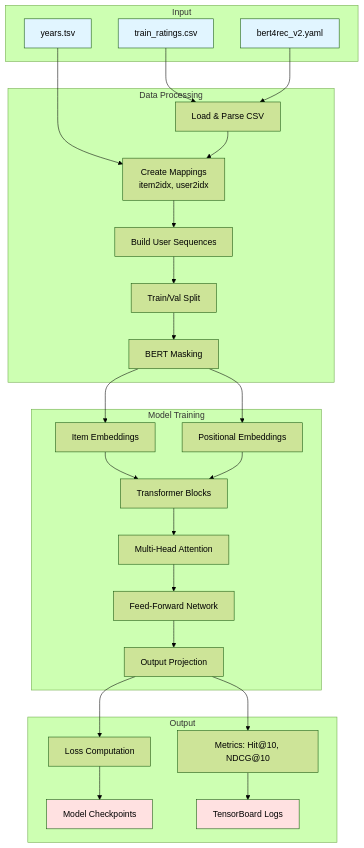
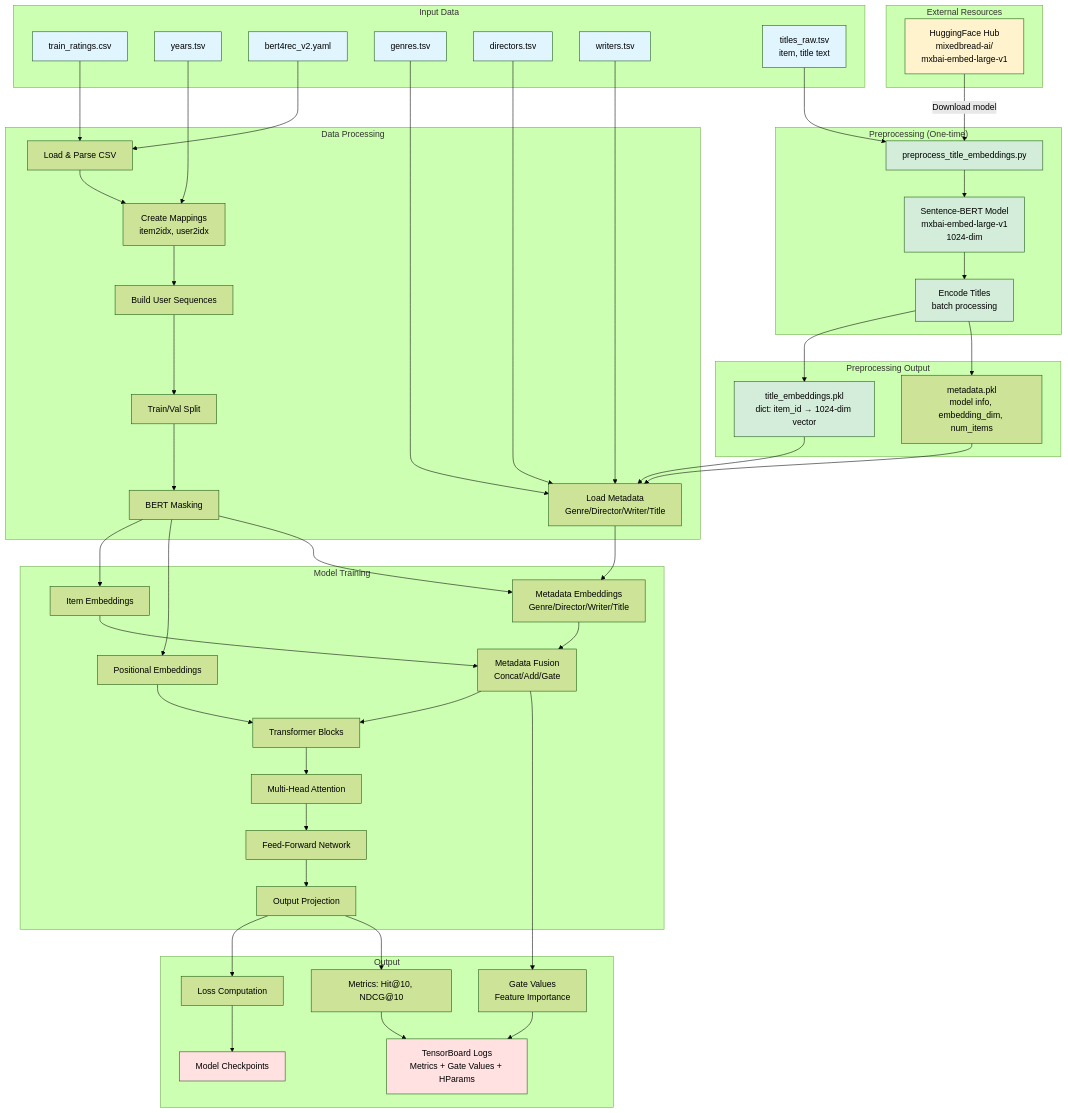
The seventh of 9 diagrams in lightning/docs/bert4rec_c4_diagrams.md (boostcampaitech8/pro-recsys-movierecommendation-recsys-04), drawn with Mermaid (forest theme) before and after one commit. The commit also changed other lines of this file and 25 other files, not shown here.

````diff
--- a/lightning/docs/bert4rec_c4_diagrams.md
+++ b/lightning/docs/bert4rec_c4_diagrams.md
@@ -281,59 +329,109 @@
 ```mermaid
 graph TB
-    subgraph Input
+    subgraph External["External Resources"]
+        HF[HuggingFace Hub<br/>mixedbread-ai/<br/>mxbai-embed-large-v1]
+    end
+
+    subgraph Input["Input Data"]
         A[train_ratings.csv]
         B[years.tsv]
         C[bert4rec_v2.yaml]
+        D[genres.tsv]
+        E[directors.tsv]
+        F[writers.tsv]
+        G0[titles_raw.tsv<br/>item, title text]
+    end
+
+    subgraph Preprocessing["Preprocessing (One-time)"]
+        PRE[preprocess_title_embeddings.py]
+        SBERT[Sentence-BERT Model<br/>mxbai-embed-large-v1<br/>1024-dim]
+        ENCODE[Encode Titles<br/>batch processing]
+    end
+
+    subgraph PreprocessOutput["Preprocessing Output"]
+        G[title_embeddings.pkl<br/>dict: item_id → 1024-dim vector]
+        G2[metadata.pkl<br/>model info, embedding_dim, num_items]
     end
 
     subgraph Data Processing
-        D[Load & Parse CSV]
-        E[Create Mappings<br/>item2idx, user2idx]
-        F[Build User Sequences]
-        G[Train/Val Split]
-        H[BERT Masking]
+        H[Load & Parse CSV]
+        I[Create Mappings<br/>item2idx, user2idx]
+        J[Build User Sequences]
+        K[Load Metadata<br/>Genre/Director/Writer/Title]
+        L[Train/Val Split]
+        M[BERT Masking]
     end
 
     subgraph Model Training
-        I[Item Embeddings]
-        J[Positional Embeddings]
-        K[Transformer Blocks]
-        L[Multi-Head Attention]
-        M[Feed-Forward Network]
-        N[Output Projection]
+        N[Item Embeddings]
+        O[Positional Embeddings]
+        P[Metadata Embeddings<br/>Genre/Director/Writer/Title]
+        Q[Metadata Fusion<br/>Concat/Add/Gate]
+        R[Transformer Blocks]
+        S[Multi-Head Attention]
+        T[Feed-Forward Network]
+        U[Output Projection]
     end
 
     subgraph Output
-        O[Loss Computation]
-        P[Metrics: Hit@10, NDCG@10]
-        Q[Model Checkpoints]
-        R[TensorBoard Logs]
+        V[Loss Computation]
+        W[Metrics: Hit@10, NDCG@10]
+        X[Gate Values<br/>Feature Importance]
+        Y[Model Checkpoints]
+        Z[TensorBoard Logs<br/>Metrics + Gate Values + HParams]
     end
 
-    A --> D
-    B --> E
-    C --> D
-    D --> E
-    E --> F
-    F --> G
-    G --> H
+    HF -->|Download model| PRE
+    G0 --> PRE
+    PRE --> SBERT
+    SBERT --> ENCODE
+    ENCODE --> G
+    ENCODE --> G2
 
+    A --> H
+    B --> I
+    C --> H
+    D --> K
+    E --> K
+    F --> K
+    G --> K
+    G2 --> K
     H --> I
-    H --> J
-    I --> K
-    J --> K
-    K --> L
+    I --> J
+    J --> L
+    K --> P
     L --> M
+
     M --> N
+    M --> O
+    M --> P
+    N --> Q
+    P --> Q
+    Q --> R
+    O --> R
+    R --> S
+    S --> T
+    T --> U
 
-    N --> O
-    N --> P
-    O --> Q
-    P --> R
+    U --> V
+    U --> W
+    Q --> X
+    V --> Y
+    W --> Z
+    X --> Z
 
+    style HF fill:#fff3cd
     style A fill:#e1f5ff
     style B fill:#e1f5ff
     style C fill:#e1f5ff
-    style Q fill:#ffe1e1
-    style R fill:#ffe1e1
+    style D fill:#e1f5ff
+    style E fill:#e1f5ff
+    style F fill:#e1f5ff
+    style G0 fill:#e1f5ff
+    style G fill:#d4edda
+    style PRE fill:#d4edda
+    style SBERT fill:#d4edda
+    style ENCODE fill:#d4edda
+    style Y fill:#ffe1e1
+    style Z fill:#ffe1e1
 ```
````
